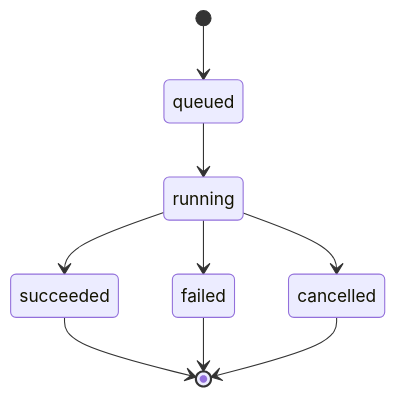
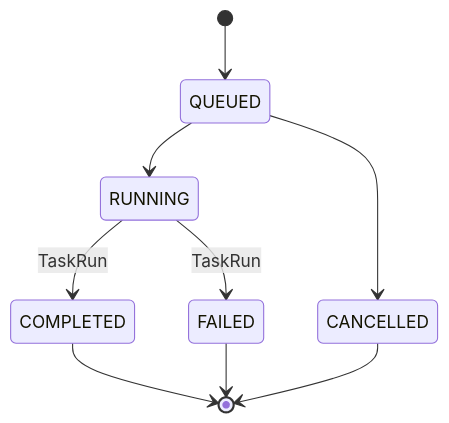
One commit to VinylStage/horror-story-generator changed diagram 11 of 15 in docs/core/ARCHITECTURE.md. Above: the diagram before and after it, drawn with Mermaid. The commit also changed other lines of this file and 36 other files, not shown here.

````diff
--- a/docs/core/ARCHITECTURE.md
+++ b/docs/core/ARCHITECTURE.md
@@ -616,11 +611,11 @@
 ```mermaid
 stateDiagram-v2
-    [*] --> queued
-    queued --> running
-    running --> succeeded
-    running --> failed
-    running --> cancelled
-    succeeded --> [*]
-    failed --> [*]
-    cancelled --> [*]
+    [*] --> QUEUED
+    QUEUED --> RUNNING
+    QUEUED --> CANCELLED
+    RUNNING --> COMPLETED: TaskRun
+    RUNNING --> FAILED: TaskRun
+    COMPLETED --> [*]
+    FAILED --> [*]
+    CANCELLED --> [*]
 ```
````
